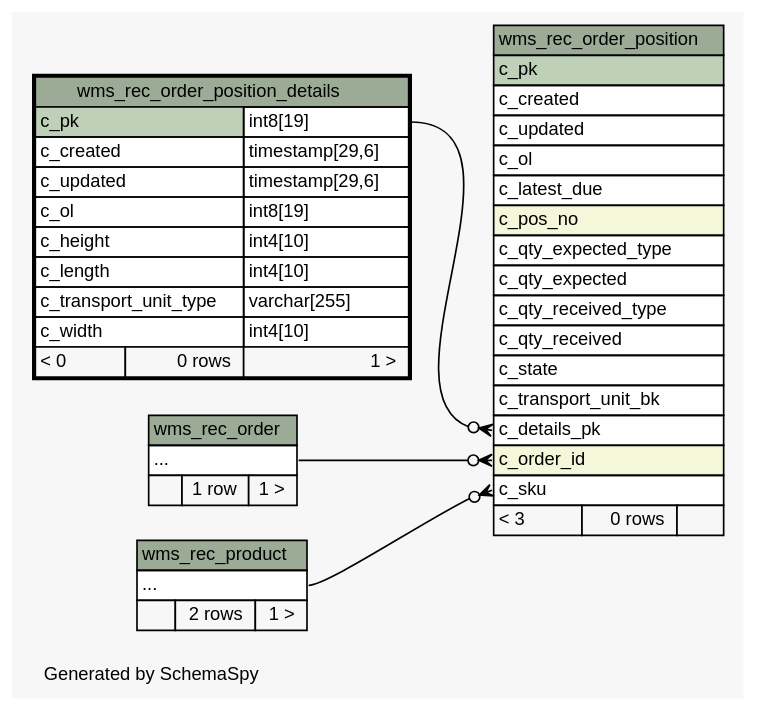
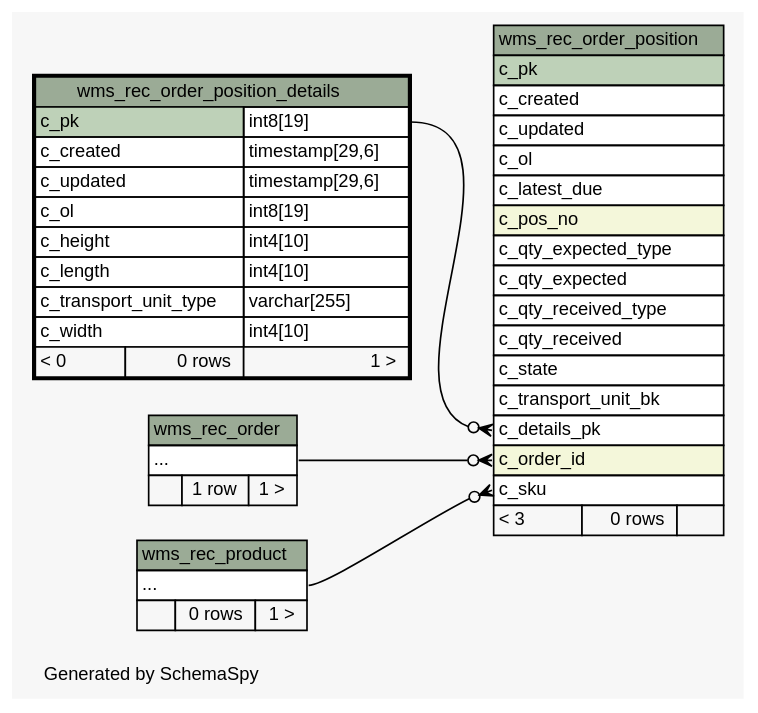
The diagram in 1.0.0-SNAPSHOT/schemaspy/diagrams/wms_rec_order_position_details.2degrees.dot (openwms/org.openwms.wms.receiving.lib), drawn with Graphviz before and after one commit. The commit also changed 246 other files, not shown here.

```diff
--- a/1.0.0-SNAPSHOT/schemaspy/diagrams/wms_rec_order_position_details.2degrees.dot
+++ b/1.0.0-SNAPSHOT/schemaspy/diagrams/wms_rec_order_position_details.2degrees.dot
@@ -1,86 +1,86 @@
 // dot 2.38.0 on Linux 4.15.0-1077-gcp
 // SchemaSpy rev Unknown
 digraph "twoDegreesRelationshipsDiagram" {
   graph [
     rankdir="RL"
     bgcolor="#f7f7f7"
     label="\nGenerated by SchemaSpy"
     labeljust="l"
     nodesep="0.18"
     ranksep="0.46"
     fontname="Helvetica"
     fontsize="11"
   ];
   node [
     fontname="Helvetica"
     fontsize="11"
     shape="plaintext"
   ];
   edge [
     arrowsize="0.8"
   ];
   "wms_rec_order_position":"c_details_pk":w -> "wms_rec_order_position_details":"c_pk.type":e [arrowhead=none dir=back arrowtail=crowodot];
   "wms_rec_order_position":"c_order_id":w -> "wms_rec_order":"elipses":e [arrowhead=none dir=back arrowtail=crowodot];
   "wms_rec_order_position":"c_sku":w -> "wms_rec_product":"elipses":e [arrowhead=none dir=back arrowtail=crowodot];
   "wms_rec_order" [
     label=<
     <TABLE BORDER="0" CELLBORDER="1" CELLSPACING="0" BGCOLOR="#ffffff">
       <TR><TD COLSPAN="3" BGCOLOR="#9bab96" ALIGN="CENTER">wms_rec_order</TD></TR>
       <TR><TD PORT="elipses" COLSPAN="3" ALIGN="LEFT">...</TD></TR>
       <TR><TD ALIGN="LEFT" BGCOLOR="#f7f7f7">  </TD><TD ALIGN="RIGHT" BGCOLOR="#f7f7f7">1 row</TD><TD ALIGN="RIGHT" BGCOLOR="#f7f7f7">1 &gt;</TD></TR>
     </TABLE>>
     URL="wms_rec_order.html"
     tooltip="wms_rec_order"
   ];
   "wms_rec_order_position" [
     label=<
     <TABLE BORDER="0" CELLBORDER="1" CELLSPACING="0" BGCOLOR="#ffffff">
       <TR><TD COLSPAN="3" BGCOLOR="#9bab96" ALIGN="CENTER">wms_rec_order_position</TD></TR>
       <TR><TD PORT="c_pk" COLSPAN="3" BGCOLOR="#bed1b8" ALIGN="LEFT">c_pk</TD></TR>
       <TR><TD PORT="c_created" COLSPAN="3" ALIGN="LEFT">c_created</TD></TR>
       <TR><TD PORT="c_updated" COLSPAN="3" ALIGN="LEFT">c_updated</TD></TR>
       <TR><TD PORT="c_ol" COLSPAN="3" ALIGN="LEFT">c_ol</TD></TR>
       <TR><TD PORT="c_latest_due" COLSPAN="3" ALIGN="LEFT">c_latest_due</TD></TR>
       <TR><TD PORT="c_pos_no" COLSPAN="3" BGCOLOR="#f4f7da" ALIGN="LEFT">c_pos_no</TD></TR>
       <TR><TD PORT="c_qty_expected_type" COLSPAN="3" ALIGN="LEFT">c_qty_expected_type</TD></TR>
       <TR><TD PORT="c_qty_expected" COLSPAN="3" ALIGN="LEFT">c_qty_expected</TD></TR>
       <TR><TD PORT="c_qty_received_type" COLSPAN="3" ALIGN="LEFT">c_qty_received_type</TD></TR>
       <TR><TD PORT="c_qty_received" COLSPAN="3" ALIGN="LEFT">c_qty_received</TD></TR>
       <TR><TD PORT="c_state" COLSPAN="3" ALIGN="LEFT">c_state</TD></TR>
       <TR><TD PORT="c_transport_unit_bk" COLSPAN="3" ALIGN="LEFT">c_transport_unit_bk</TD></TR>
       <TR><TD PORT="c_details_pk" COLSPAN="3" ALIGN="LEFT">c_details_pk</TD></TR>
       <TR><TD PORT="c_order_id" COLSPAN="3" BGCOLOR="#f4f7da" ALIGN="LEFT">c_order_id</TD></TR>
       <TR><TD PORT="c_sku" COLSPAN="3" ALIGN="LEFT">c_sku</TD></TR>
       <TR><TD ALIGN="LEFT" BGCOLOR="#f7f7f7">&lt; 3</TD><TD ALIGN="RIGHT" BGCOLOR="#f7f7f7">0 rows</TD><TD ALIGN="RIGHT" BGCOLOR="#f7f7f7">  </TD></TR>
     </TABLE>>
     URL="wms_rec_order_position.html"
     tooltip="wms_rec_order_position"
   ];
   "wms_rec_order_position_details" [
     label=<
     <TABLE BORDER="2" CELLBORDER="1" CELLSPACING="0" BGCOLOR="#ffffff">
       <TR><TD COLSPAN="3" BGCOLOR="#9bab96" ALIGN="CENTER">wms_rec_order_position_details</TD></TR>
       <TR><TD PORT="c_pk" COLSPAN="2" BGCOLOR="#bed1b8" ALIGN="LEFT">c_pk</TD><TD PORT="c_pk.type" ALIGN="LEFT">int8[19]</TD></TR>
       <TR><TD PORT="c_created" COLSPAN="2" ALIGN="LEFT">c_created</TD><TD PORT="c_created.type" ALIGN="LEFT">timestamp[29,6]</TD></TR>
       <TR><TD PORT="c_updated" COLSPAN="2" ALIGN="LEFT">c_updated</TD><TD PORT="c_updated.type" ALIGN="LEFT">timestamp[29,6]</TD></TR>
       <TR><TD PORT="c_ol" COLSPAN="2" ALIGN="LEFT">c_ol</TD><TD PORT="c_ol.type" ALIGN="LEFT">int8[19]</TD></TR>
       <TR><TD PORT="c_height" COLSPAN="2" ALIGN="LEFT">c_height</TD><TD PORT="c_height.type" ALIGN="LEFT">int4[10]</TD></TR>
       <TR><TD PORT="c_length" COLSPAN="2" ALIGN="LEFT">c_length</TD><TD PORT="c_length.type" ALIGN="LEFT">int4[10]</TD></TR>
       <TR><TD PORT="c_transport_unit_type" COLSPAN="2" ALIGN="LEFT">c_transport_unit_type</TD><TD PORT="c_transport_unit_type.type" ALIGN="LEFT">varchar[255]</TD></TR>
       <TR><TD PORT="c_width" COLSPAN="2" ALIGN="LEFT">c_width</TD><TD PORT="c_width.type" ALIGN="LEFT">int4[10]</TD></TR>
       <TR><TD ALIGN="LEFT" BGCOLOR="#f7f7f7">&lt; 0</TD><TD ALIGN="RIGHT" BGCOLOR="#f7f7f7">0 rows</TD><TD ALIGN="RIGHT" BGCOLOR="#f7f7f7">1 &gt;</TD></TR>
     </TABLE>>
     URL="wms_rec_order_position_details.html"
     tooltip="wms_rec_order_position_details"
   ];
   "wms_rec_product" [
     label=<
     <TABLE BORDER="0" CELLBORDER="1" CELLSPACING="0" BGCOLOR="#ffffff">
       <TR><TD COLSPAN="3" BGCOLOR="#9bab96" ALIGN="CENTER">wms_rec_product</TD></TR>
       <TR><TD PORT="elipses" COLSPAN="3" ALIGN="LEFT">...</TD></TR>
-      <TR><TD ALIGN="LEFT" BGCOLOR="#f7f7f7">  </TD><TD ALIGN="RIGHT" BGCOLOR="#f7f7f7">2 rows</TD><TD ALIGN="RIGHT" BGCOLOR="#f7f7f7">1 &gt;</TD></TR>
+      <TR><TD ALIGN="LEFT" BGCOLOR="#f7f7f7">  </TD><TD ALIGN="RIGHT" BGCOLOR="#f7f7f7">0 rows</TD><TD ALIGN="RIGHT" BGCOLOR="#f7f7f7">1 &gt;</TD></TR>
     </TABLE>>
     URL="wms_rec_product.html"
     tooltip="wms_rec_product"
   ];
 }
```
